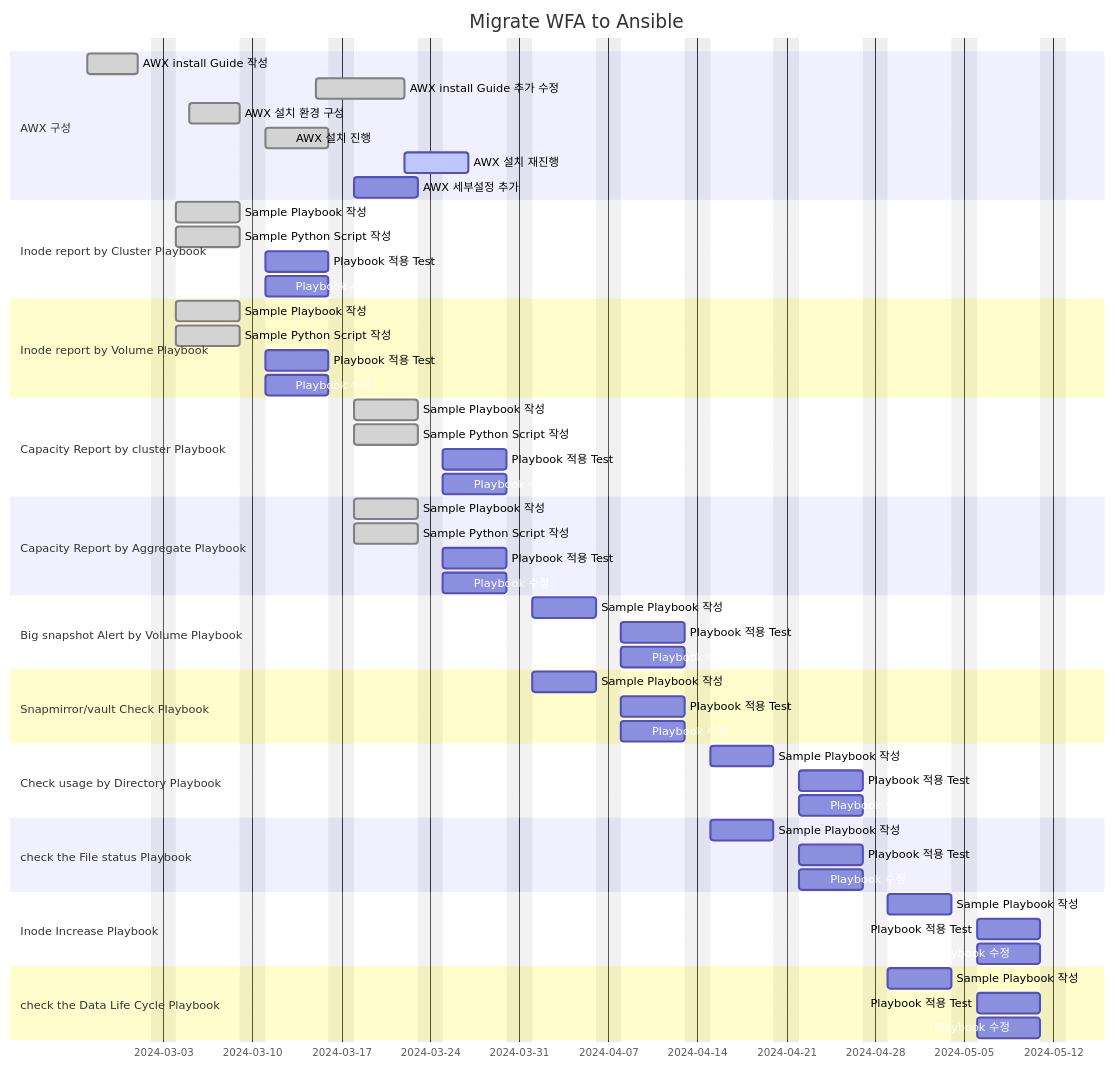
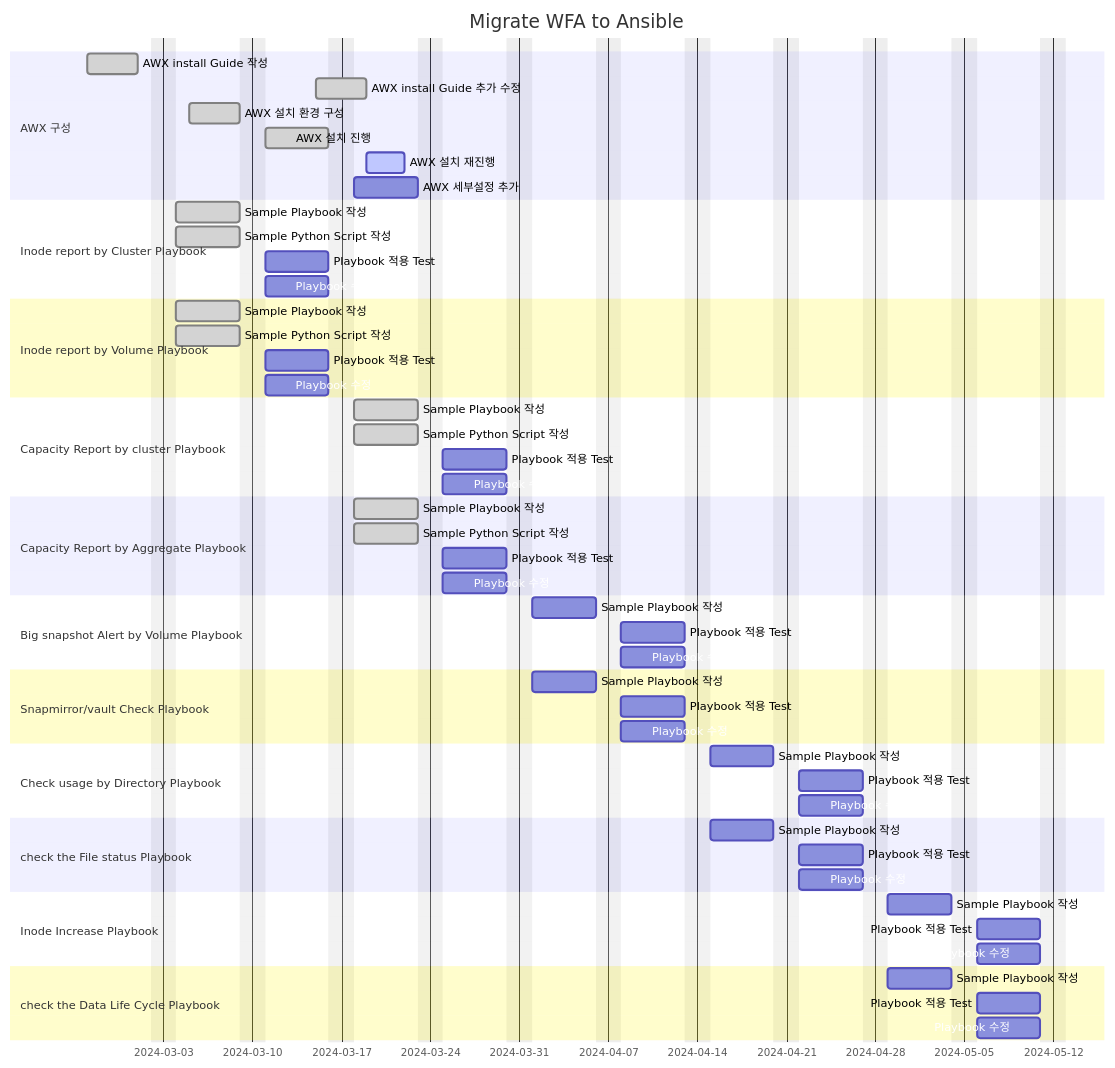
One commit to netappkr/AnsiblePlaybook changed the diagram in SKHynics/Readme.md. Above: the diagram before and after it, drawn with Mermaid.

````diff
--- a/SKHynics/Readme.md
+++ b/SKHynics/Readme.md
@@ -61,68 +61,68 @@
 ```mermaid
 gantt
     title Migrate WFA to Ansible
     dateFormat  YYYY-MM-DD
     excludes    weekends
 
     section AWX 구성
     AWX install Guide 작성  : done, awx1, 2024-02-26, 4d
-    AWX install Guide 추가 수정  : done, awx1-1, 2024-03-15, 5d
+    AWX install Guide 추가 수정  : done, awx1-1, 2024-03-15, 2d
     AWX 설치 환경 구성  : done, awx2, 2024-03-05, 4d
     AWX 설치 진행 : done, awx3, after awx2 , 5d
     AWX 설치 재진행 : active, awx3-1, after awx1-1 , 3d
     AWX 세부설정 추가 : awx4, after awx3, 5d
 
     section Inode report by Cluster Playbook
     Sample Playbook 작성 : done,p1-1, 2024-03-04, 5d
     Sample Python Script 작성 : done,p1-2, 2024-03-04, 5d
     Playbook 적용 Test: p1-3, after p1-2,  5d
     Playbook 수정 : p1-4, after p1-2 , 5d
 
     section Inode report by Volume Playbook
     Sample Playbook 작성 : done, p2-1, 2024-03-04, 5d
     Sample Python Script 작성 : done, p2-2, 2024-03-04, 5d
     Playbook 적용 Test: p2-3, after p2-2,  5d
     Playbook 수정 : p2-4, after p2-2 , 5d
 
     section Capacity Report by cluster Playbook
     Sample Playbook 작성 : done, p3-1, 2024-03-18, 5d
     Sample Python Script 작성 : done, p3-2, 2024-03-18, 5d
     Playbook 적용 Test: p3-3, after p3-1,  5d
     Playbook 수정 : p3-4, after p3-1 , 5d
 
     section Capacity Report by Aggregate Playbook
     Sample Playbook 작성 : done, p4-1, 2024-03-18, 5d
     Sample Python Script 작성 : done, p4-2, 2024-03-18, 5d
     Playbook 적용 Test: p4-3, after p4-1,  5d
     Playbook 수정 : p4-3, after p4-1 , 5d
 
     section Big snapshot Alert by Volume Playbook
     Sample Playbook 작성 : p5-1, 2024-04-01, 5d
     Playbook 적용 Test: p5-2, after p5-1,  5d
     Playbook 수정 : p5-3, after p5-1 , 5d
 
     section Snapmirror/vault Check Playbook
     Sample Playbook 작성 : p6-1, 2024-04-01, 5d
     Playbook 적용 Test: p6-2, after p6-1,  5d
     Playbook 수정 : p6-3, after p6-1 , 5d
 
     section Check usage by Directory Playbook
     Sample Playbook 작성 : p7-1, 2024-04-15, 5d
     Playbook 적용 Test: p7-2, after p7-1,  5d
     Playbook 수정 : p7-3, after p7-1 , 5d
 
     section check the File status Playbook
     Sample Playbook 작성 : p8-1, 2024-04-15, 5d
     Playbook 적용 Test: p8-2, after p8-1,  5d
     Playbook 수정 : p8-3, after p8-1 , 5d
 
     section Inode Increase Playbook
     Sample Playbook 작성 : p9-1, 2024-04-29, 5d
     Playbook 적용 Test: p9-2, after p9-1,  5d
     Playbook 수정 : p9-3, after p9-1 , 5d
 
     section check the Data Life Cycle Playbook
     Sample Playbook 작성 : p10-1, 2024-04-29, 5d
     Playbook 적용 Test: p10-2, after p10-1,  5d
     Playbook 수정 : p10-3, after p10-1 , 5d
 ```
````
